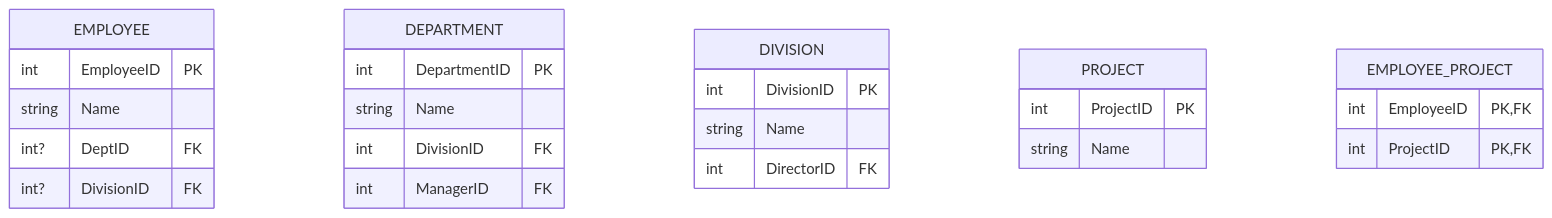
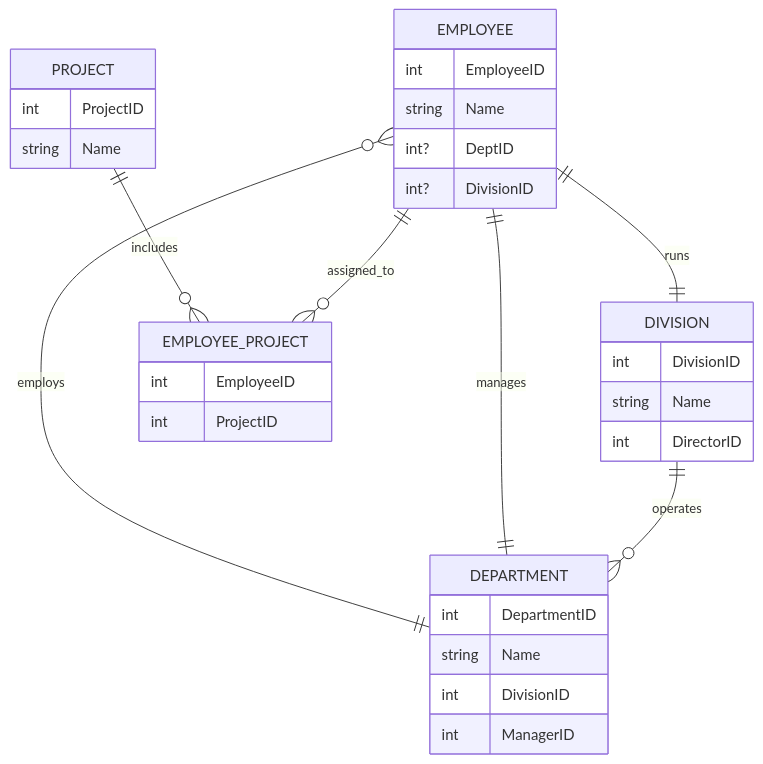
One commit to mszeihen/DatabaseProject-5725 changed the diagram in ERD_mid_diagram.qmd. Above: the diagram before and after it, drawn with Mermaid.

````diff
--- a/ERD_mid_diagram.qmd
+++ b/ERD_mid_diagram.qmd
@@ -1,33 +1,40 @@
 ```{mermaid}
 erDiagram
     EMPLOYEE {
-        int EmployeeID PK
+        int EmployeeID 
         string Name
-        int? DeptID FK
-        int? DivisionID FK
+        int? DeptID 
+        int? DivisionID 
     }
 
     DEPARTMENT {
-        int DepartmentID PK
+        int DepartmentID 
         string Name
-        int DivisionID FK
-        int ManagerID FK
+        int DivisionID 
+        int ManagerID 
     }
 
     DIVISION {
-        int DivisionID PK
+        int DivisionID 
         string Name
-        int DirectorID FK
+        int DirectorID 
     }
 
     PROJECT {
-        int ProjectID PK
+        int ProjectID 
         string Name
     }
 
     EMPLOYEE_PROJECT {
-        int EmployeeID PK, FK
-        int ProjectID PK, FK
+        int EmployeeID 
+        int ProjectID 
     }
 
+    DEPARTMENT ||--o{ EMPLOYEE : employs
+    DIVISION ||--o{ DEPARTMENT : operates
+    EMPLOYEE ||--o{ EMPLOYEE_PROJECT : assigned_to
+    PROJECT ||--o{ EMPLOYEE_PROJECT : includes
+    EMPLOYEE ||--|| DEPARTMENT : manages
+    EMPLOYEE ||--|| DIVISION : runs
+
 ```
````
